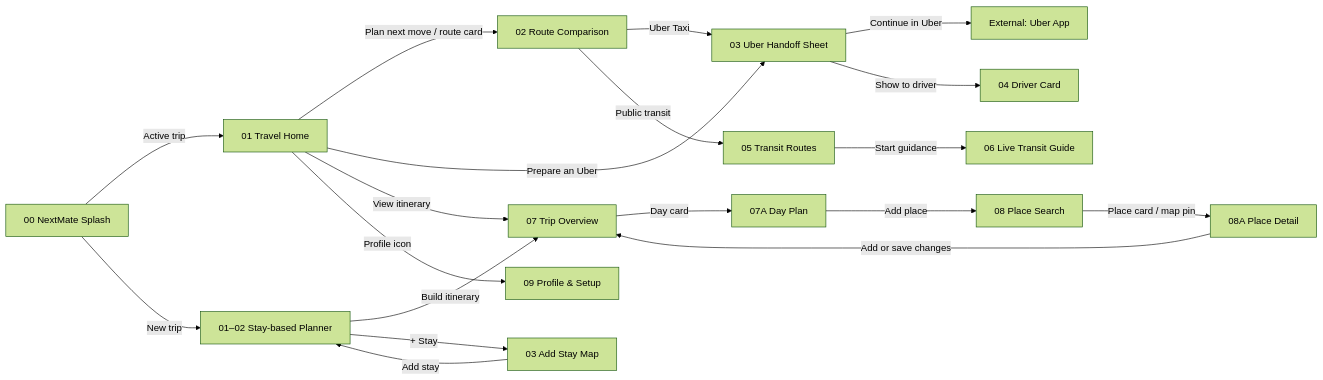
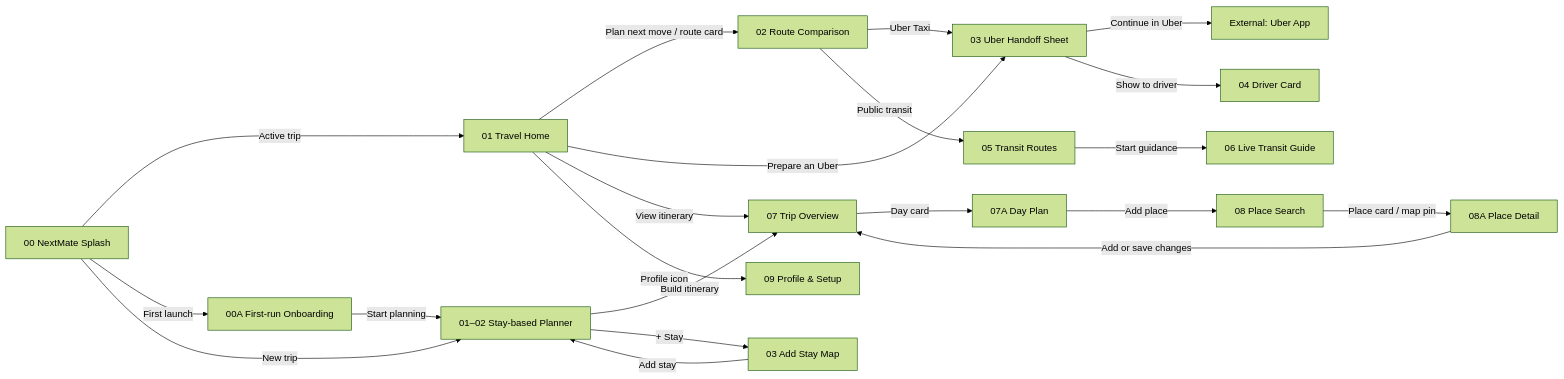
The diagram in docs/screen-flow.md (Minthug/TripProject), drawn with Mermaid (forest theme) before and after one commit. The commit also changed other lines of this file and 4 other files, not shown here.

````diff
--- a/docs/screen-flow.md
+++ b/docs/screen-flow.md
@@ -6,37 +6,40 @@
 ```mermaid
 flowchart LR
     Splash[00 NextMate Splash]
+    Onboarding[00A First-run Onboarding]
     Setup[01–02 Stay-based Planner]
     AddStay[03 Add Stay Map]
     Home[01 Travel Home]
     Compare[02 Route Comparison]
     Taxi[03 Uber Handoff Sheet]
     Uber[External: Uber App]
     Driver[04 Driver Card]
     Transit[05 Transit Routes]
     Guide[06 Live Transit Guide]
     Itinerary[07 Trip Overview]
     Day[07A Day Plan]
     Place[08 Place Search]
     Detail[08A Place Detail]
     Profile[09 Profile & Setup]
 
     Splash -->|Active trip| Home
+    Splash -->|First launch| Onboarding
+    Onboarding -->|Start planning| Setup
     Splash -->|New trip| Setup
     Setup -->|Build itinerary| Itinerary
     Setup -->|+ Stay| AddStay
     AddStay -->|Add stay| Setup
     Home -->|Plan next move / route card| Compare
     Home -->|Prepare an Uber| Taxi
     Home -->|View itinerary| Itinerary
     Home -->|Profile icon| Profile
     Compare -->|Uber Taxi| Taxi
     Compare -->|Public transit| Transit
     Taxi -->|Continue in Uber| Uber
     Taxi -->|Show to driver| Driver
     Transit -->|Start guidance| Guide
     Itinerary -->|Day card| Day
     Day -->|Add place| Place
     Place -->|Place card / map pin| Detail
     Detail -->|Add or save changes| Itinerary
 ```
````
